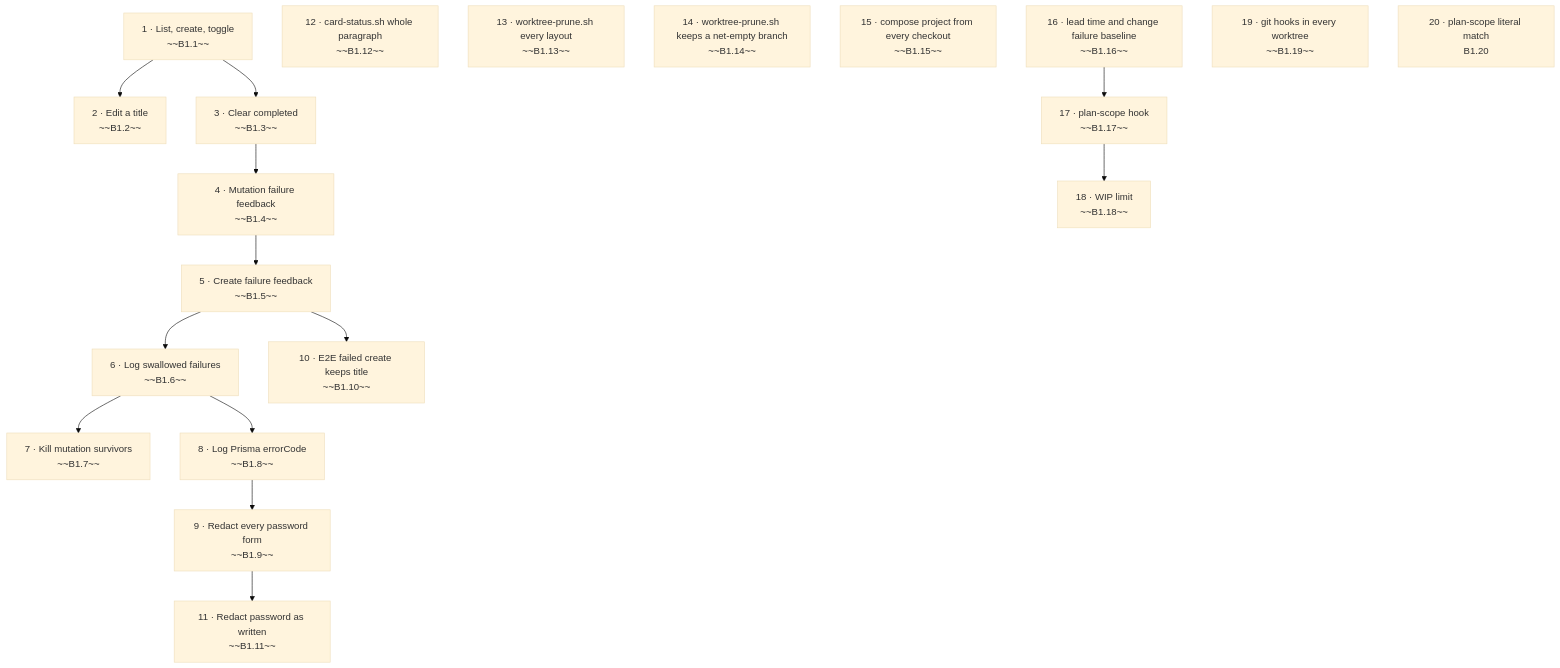
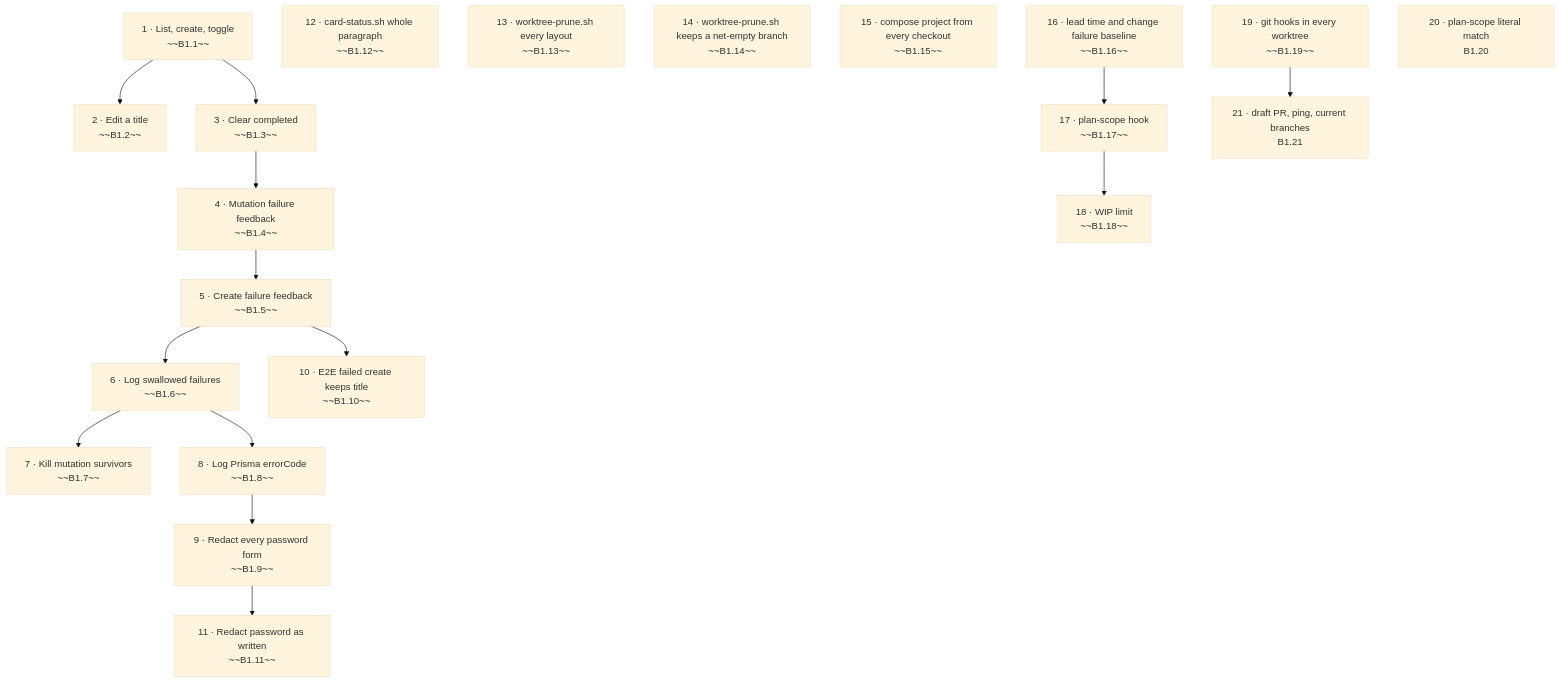
One commit to st-minhho2/level-up-lab changed the diagram in backlog/README.md. Above: the diagram before and after it, drawn with Mermaid (base theme). The commit also changed other lines of this file and 1 other file, not shown here.

Commit message:
docs(backlog): card B1.21 status, ping and current branches

````diff
--- a/backlog/README.md
+++ b/backlog/README.md
@@ -15,35 +15,37 @@
 ```mermaid
 flowchart TD
   S1["1 · List, create, toggle<br/>~~B1.1~~"]
   S2["2 · Edit a title<br/>~~B1.2~~"]
   S3["3 · Clear completed<br/>~~B1.3~~"]
   S1 --> S2
   S4["4 · Mutation failure feedback<br/>~~B1.4~~"]
   S1 --> S3
   S3 --> S4
   S5["5 · Create failure feedback<br/>~~B1.5~~"]
   S4 --> S5
   S6["6 · Log swallowed failures<br/>~~B1.6~~"]
   S5 --> S6
   S7["7 · Kill mutation survivors<br/>~~B1.7~~"]
   S6 --> S7
   S8["8 · Log Prisma errorCode<br/>~~B1.8~~"]
   S6 --> S8
   S9["9 · Redact every password form<br/>~~B1.9~~"]
   S8 --> S9
   S10["10 · E2E failed create keeps title<br/>~~B1.10~~"]
   S5 --> S10
   S11["11 · Redact password as written<br/>~~B1.11~~"]
   S9 --> S11
   S12["12 · card-status.sh whole paragraph<br/>~~B1.12~~"]
   S13["13 · worktree-prune.sh every layout<br/>~~B1.13~~"]
   S14["14 · worktree-prune.sh keeps a net-empty branch<br/>~~B1.14~~"]
   S15["15 · compose project from every checkout<br/>~~B1.15~~"]
   S16["16 · lead time and change failure baseline<br/>~~B1.16~~"]
   S17["17 · plan-scope hook<br/>~~B1.17~~"]
   S18["18 · WIP limit<br/>~~B1.18~~"]
   S19["19 · git hooks in every worktree<br/>~~B1.19~~"]
   S20["20 · plan-scope literal match<br/>B1.20"]
+  S21["21 · draft PR, ping, current branches<br/>B1.21"]
+  S19 --> S21
   S17 --> S18
   S16 --> S17
 ```
````
